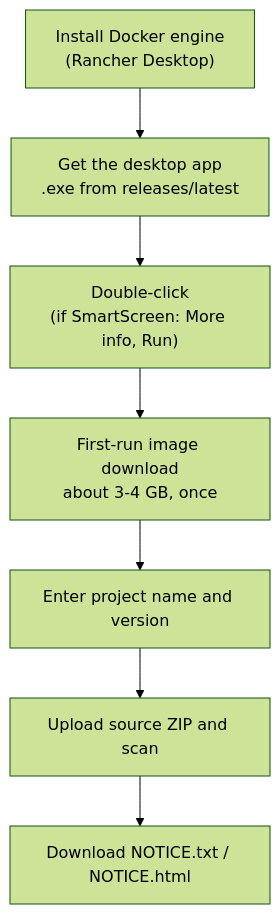
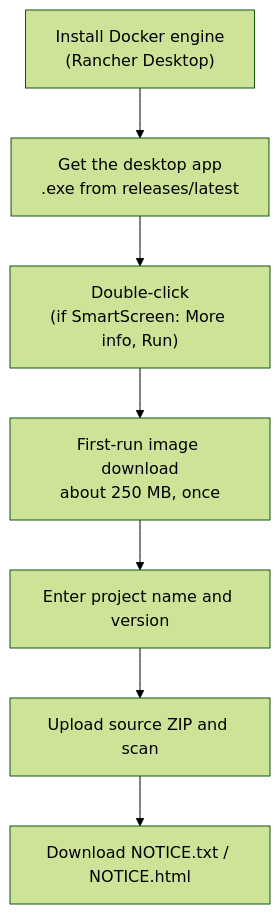
The diagram in docs/start/no-cli.md (sktelecom/bomlens), drawn with Mermaid (forest theme) before and after one commit. The commit also changed other lines of this file and 14 other files, not shown here.

First line of the commit message:
fix(docs,windows): state the measured first-run download size (#451)

````diff
--- a/docs/start/no-cli.md
+++ b/docs/start/no-cli.md
@@ -35,9 +36,9 @@
 ```mermaid
 flowchart TD
     A["Install Docker engine<br/>(Rancher Desktop)"] --> B["Get the desktop app<br/>.exe from releases/latest"]
     B --> C["Double-click<br/>(if SmartScreen: More info, Run)"]
-    C --> D["First-run image download<br/>about 3-4 GB, once"]
+    C --> D["First-run image download<br/>about 250 MB, once"]
     D --> E["Enter project name and version"]
     E --> F["Upload source ZIP and scan"]
     F --> G["Download NOTICE.txt / NOTICE.html"]
 ```
````
